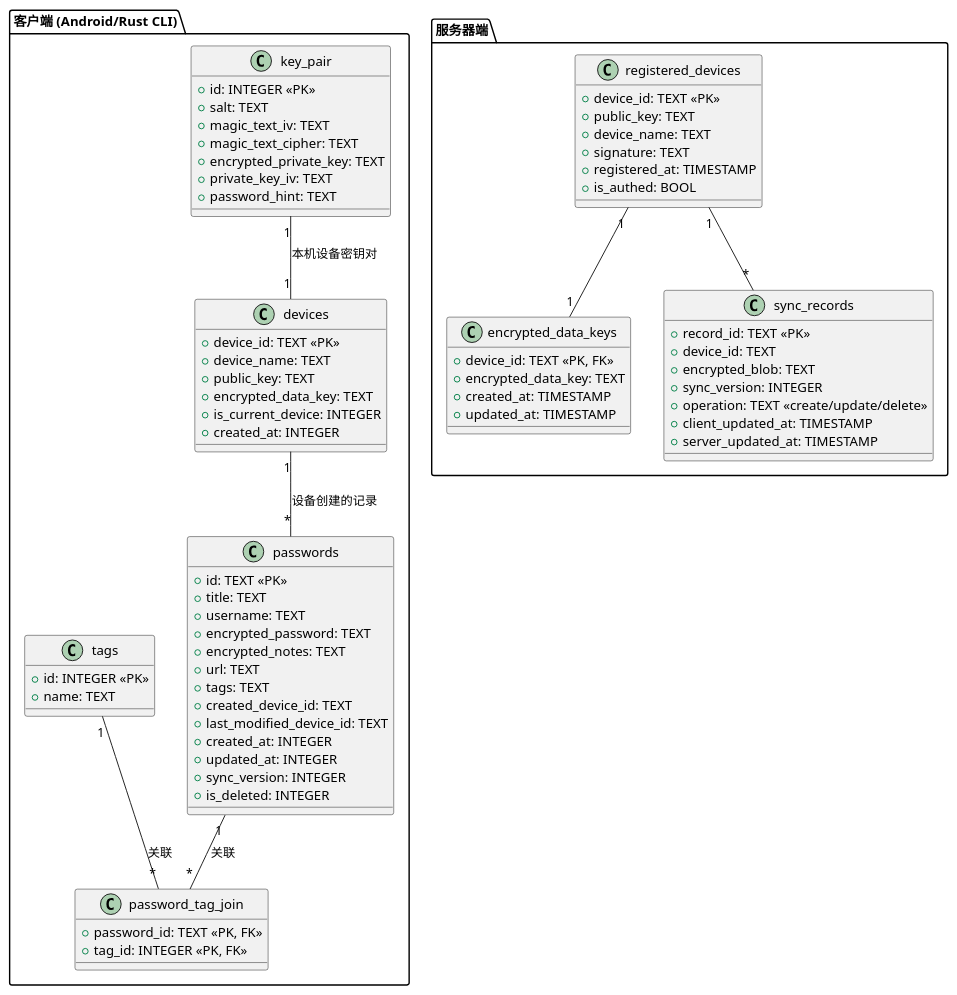
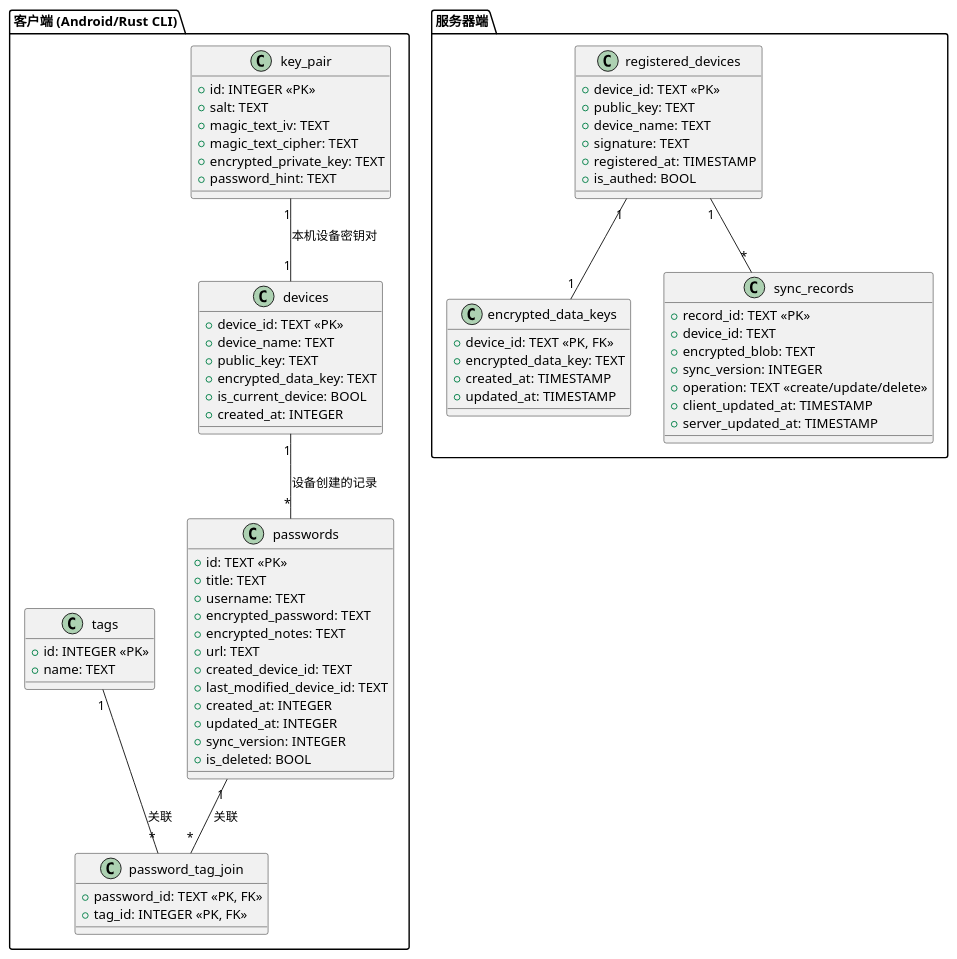
Before and after one commit to zxionf/vlt: the diagram in .design/关系表.iuml, drawn with PlantUML. The commit also changed 7 other files, not shown here.

```diff
--- a/.design/关系表.iuml
+++ b/.design/关系表.iuml
@@ -1,89 +1,85 @@
 @startuml
 ' 客户端数据库表
 package "客户端 (Android/Rust CLI)" {
     class key_pair {
         + id: INTEGER <<PK>>
         + salt: TEXT
         + magic_text_iv: TEXT
         + magic_text_cipher: TEXT
         + encrypted_private_key: TEXT
-        + private_key_iv: TEXT
         + password_hint: TEXT
     }
 
     class devices {
         + device_id: TEXT <<PK>>
         + device_name: TEXT
         + public_key: TEXT
         + encrypted_data_key: TEXT
-        + is_current_device: INTEGER
+        + is_current_device: BOOL
         + created_at: INTEGER
     }
 
     class passwords {
         + id: TEXT <<PK>>
         + title: TEXT
         + username: TEXT
         + encrypted_password: TEXT
         + encrypted_notes: TEXT
         + url: TEXT
-        + tags: TEXT
         + created_device_id: TEXT
         + last_modified_device_id: TEXT
         + created_at: INTEGER
         + updated_at: INTEGER
         + sync_version: INTEGER
-        + is_deleted: INTEGER
+        + is_deleted: BOOL
     }
 
     class tags {
         + id: INTEGER <<PK>>
         + name: TEXT
     }
 
     class password_tag_join {
         + password_id: TEXT <<PK, FK>>
         + tag_id: INTEGER <<PK, FK>>
     }
+    ' 客户端表关系
+    key_pair "1" -- "1" devices : 本机设备密钥对
+    devices "1" -- "*" passwords : 设备创建的记录
+    passwords "1" -- "*" password_tag_join : 关联
+    tags "1" -- "*" password_tag_join : 关联
 }
 
 ' 服务器端数据库表（同步服务）
 package "服务器端" {
     class registered_devices {
         + device_id: TEXT <<PK>>
         + public_key: TEXT
         + device_name: TEXT
         + signature: TEXT
         + registered_at: TIMESTAMP
         + is_authed: BOOL
     }
 
     class encrypted_data_keys {
         + device_id: TEXT <<PK, FK>>
         + encrypted_data_key: TEXT
         + created_at: TIMESTAMP
         + updated_at: TIMESTAMP
     }
 
     class sync_records {
         + record_id: TEXT <<PK>>
         + device_id: TEXT
         + encrypted_blob: TEXT
         + sync_version: INTEGER
         + operation: TEXT <<create/update/delete>>
         + client_updated_at: TIMESTAMP
         + server_updated_at: TIMESTAMP
     }
 
     registered_devices "1" -- "1" encrypted_data_keys
     registered_devices "1" -- "*" sync_records
 }
 
-' 关系说明（可选）
-' 客户端表关系
-key_pair "1" -- "1" devices : 本机设备密钥对
-devices "1" -- "*" passwords : 设备创建的记录
-passwords "1" -- "*" password_tag_join : 关联
-tags "1" -- "*" password_tag_join : 关联
-
 @enduml
```
